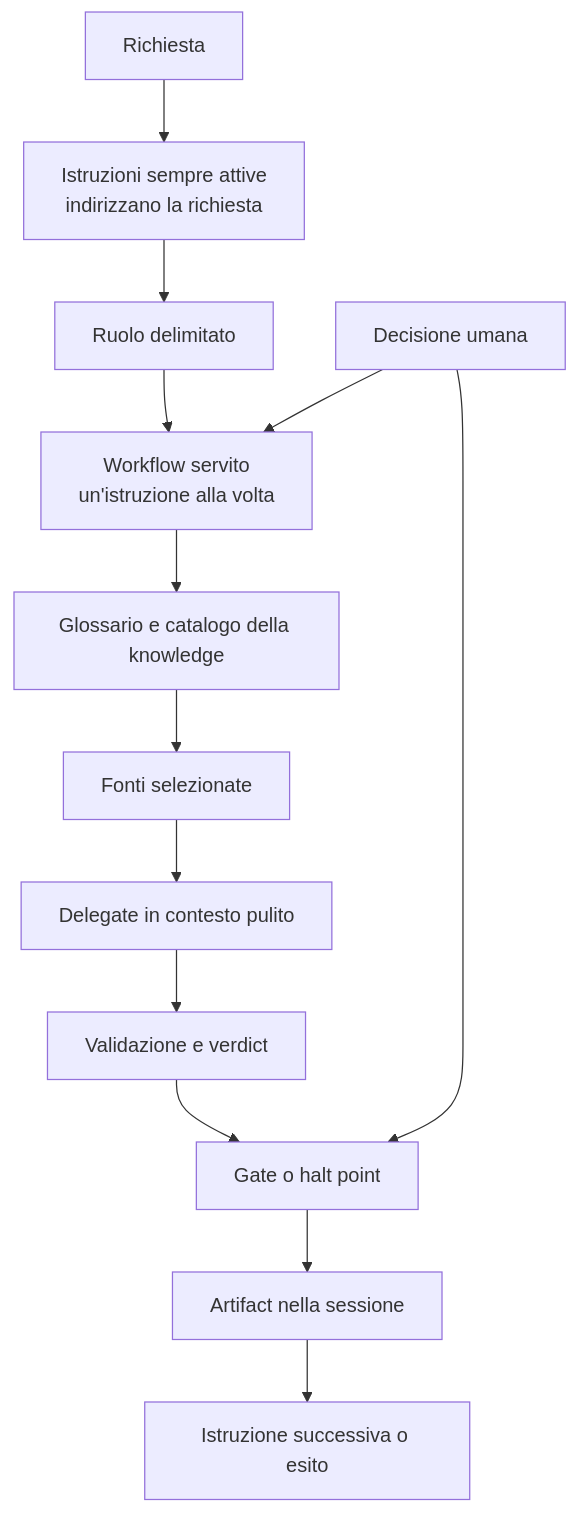
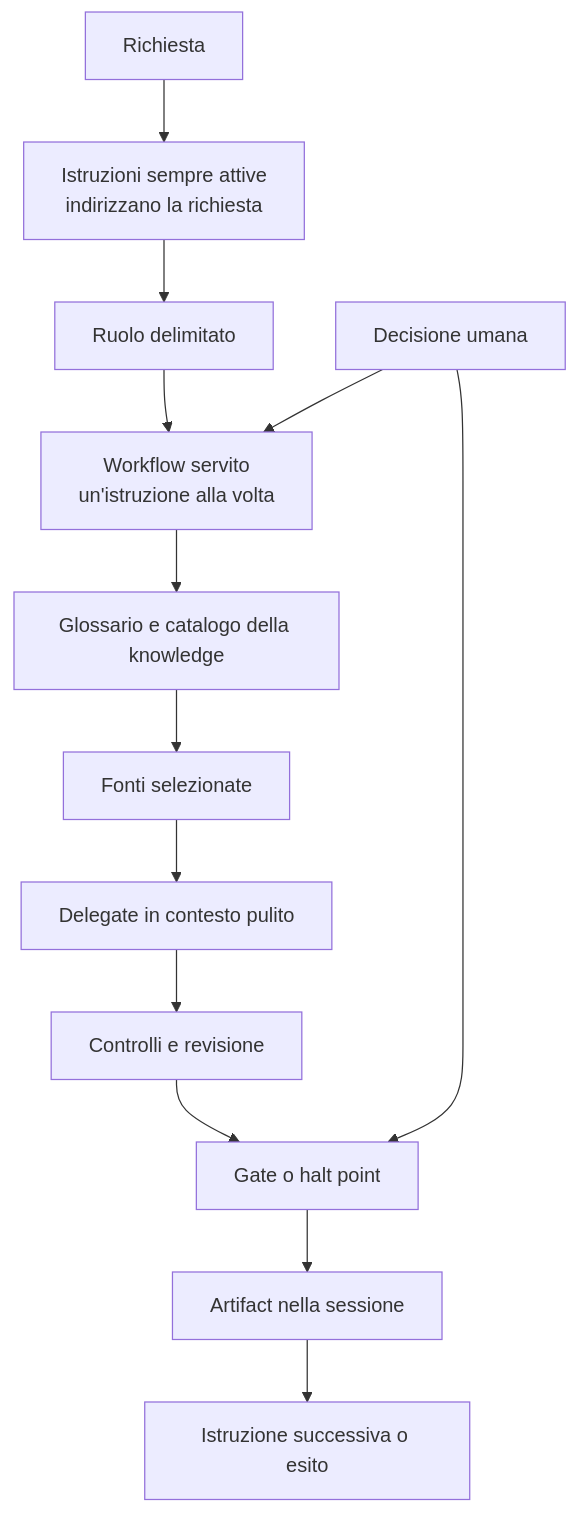
The first of 3 diagrams in orchestrator/reference/mappa-del-sistema.md (violabg/agentic-system-lessons), drawn with Mermaid before and after one commit. The commit also changed other lines of this file and 69 other files, not shown here.

````diff
--- a/orchestrator/reference/mappa-del-sistema.md
+++ b/orchestrator/reference/mappa-del-sistema.md
@@ -9,15 +9,15 @@
 ```mermaid
 flowchart TD
     Request[Richiesta] --> Router[Istruzioni sempre attive<br/>indirizzano la richiesta]
     Router --> Role[Ruolo delimitato]
     Human[Decisione umana] --> Workflow
     Role --> Workflow[Workflow servito<br/>un'istruzione alla volta]
     Workflow --> Knowledge[Glossario e catalogo della knowledge]
     Knowledge --> Evidence[Fonti selezionate]
     Evidence --> Delegate[Delegate in contesto pulito]
-    Delegate --> Validation[Validazione e verdict]
+    Delegate --> Validation[Controlli e revisione]
     Validation --> Gate[Gate o halt point]
     Human --> Gate
     Gate --> Artifact[Artifact nella sessione]
     Artifact --> Next[Istruzione successiva o esito]
 ```
````
